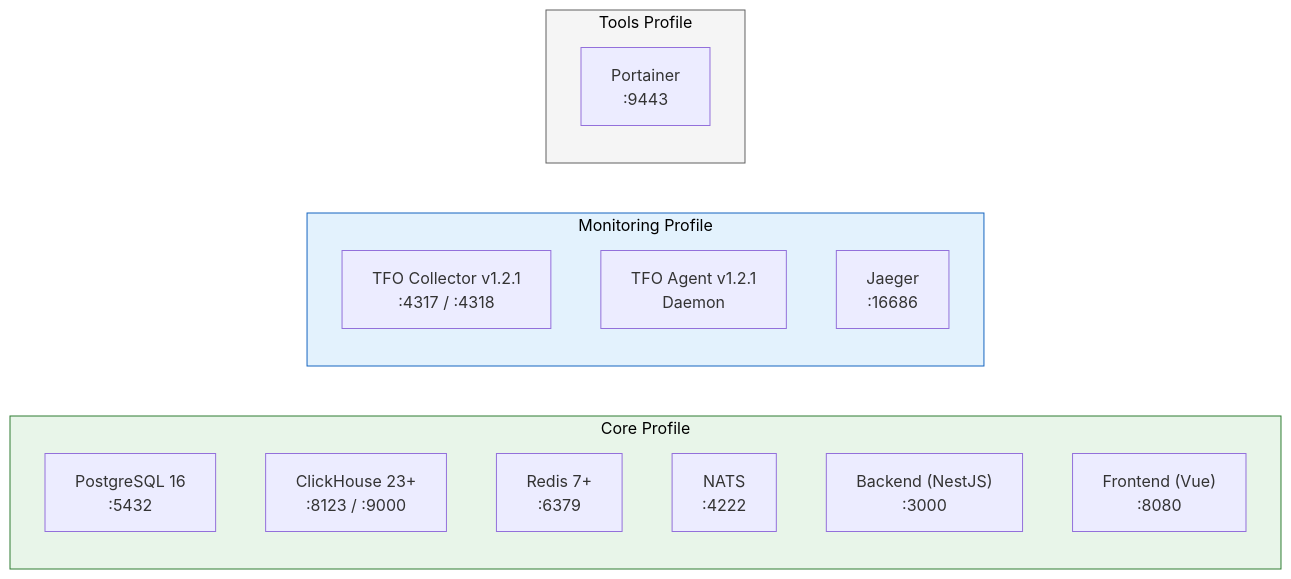
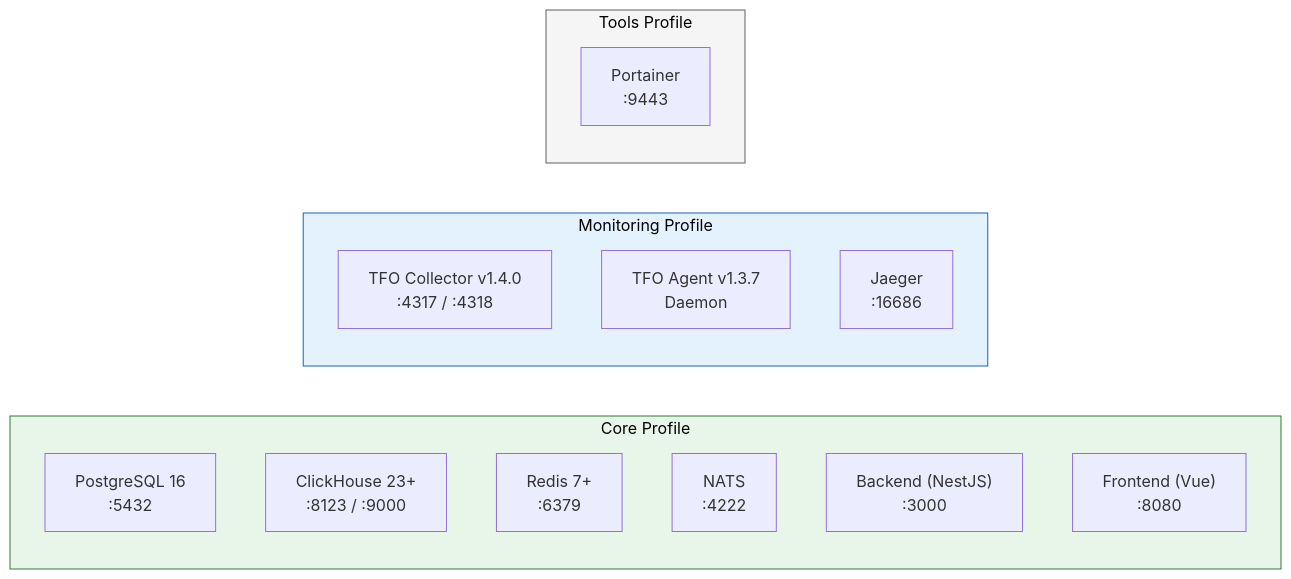
Diagram 17 of 18 in README.md (telemetryflow/.github), drawn with Mermaid before and after one commit. The commit also changed other lines of this file and 1 other file, not shown here.

````diff
--- a/README.md
+++ b/README.md
@@ -1145,25 +1145,25 @@
 ```mermaid
 graph LR
     subgraph Core["Core Profile"]
         PG_SVC["PostgreSQL 16<br/>:5432"]
         CH_SVC["ClickHouse 23+<br/>:8123 / :9000"]
         RD_SVC["Redis 7+<br/>:6379"]
         NT_SVC["NATS<br/>:4222"]
         BE_SVC["Backend (NestJS)<br/>:3000"]
         FE_SVC["Frontend (Vue)<br/>:8080"]
     end
 
     subgraph Mon["Monitoring Profile"]
-        COL_SVC["TFO Collector v1.2.1<br/>:4317 / :4318"]
-        AGT_SVC["TFO Agent v1.2.1<br/>Daemon"]
+        COL_SVC["TFO Collector v1.4.0<br/>:4317 / :4318"]
+        AGT_SVC["TFO Agent v1.3.7<br/>Daemon"]
         JAEGER["Jaeger<br/>:16686"]
     end
 
     subgraph Tools["Tools Profile"]
         PORTAINER["Portainer<br/>:9443"]
     end
 
     style Core fill:#e8f5e9,stroke:#2e7d32,color:#000
     style Mon fill:#e3f2fd,stroke:#1565c0,color:#000
     style Tools fill:#f5f5f5,stroke:#616161,color:#000
 ```
````
